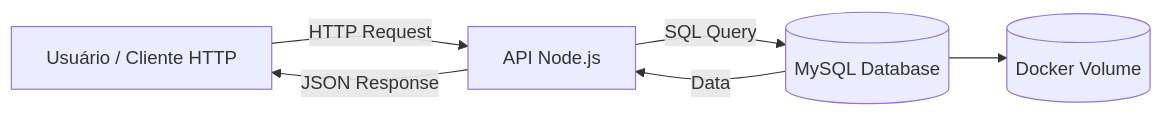
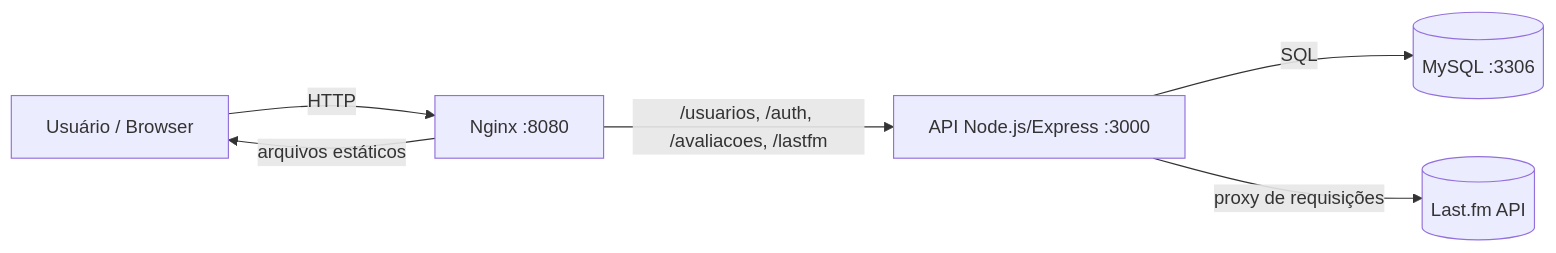
One commit to Jhonny-Almeida/Projeto-Final-IDW changed the diagram in README.md. Above: the diagram before and after it, drawn with Mermaid. The commit also changed other lines of this file and 28 other files, not shown here.

````diff
--- a/README.md
+++ b/README.md
@@ -23,13 +20,14 @@
-```mermaid id="arch01"
+```mermaid
 flowchart LR
-    User[Usuário / Cliente HTTP]
-    API[API Node.js]
-    DB[(MySQL Database)]
-    Volume[(Docker Volume)]
+    User[Usuário / Browser]
+    Nginx[Nginx :8080]
+    API[API Node.js/Express :3000]
+    MySQL[(MySQL :3306)]
+    LastFM[(Last.fm API)]
 
-    User -->|HTTP Request| API
-    API -->|SQL Query| DB
-    DB -->|Data| API
-    API -->|JSON Response| User
-    DB --> Volume
+    User -->|HTTP| Nginx
+    Nginx -->|/usuarios, /auth, /avaliacoes, /lastfm| API
+    Nginx -->|arquivos estáticos| User
+    API -->|SQL| MySQL
+    API -->|proxy de requisições| LastFM
 ```
````
